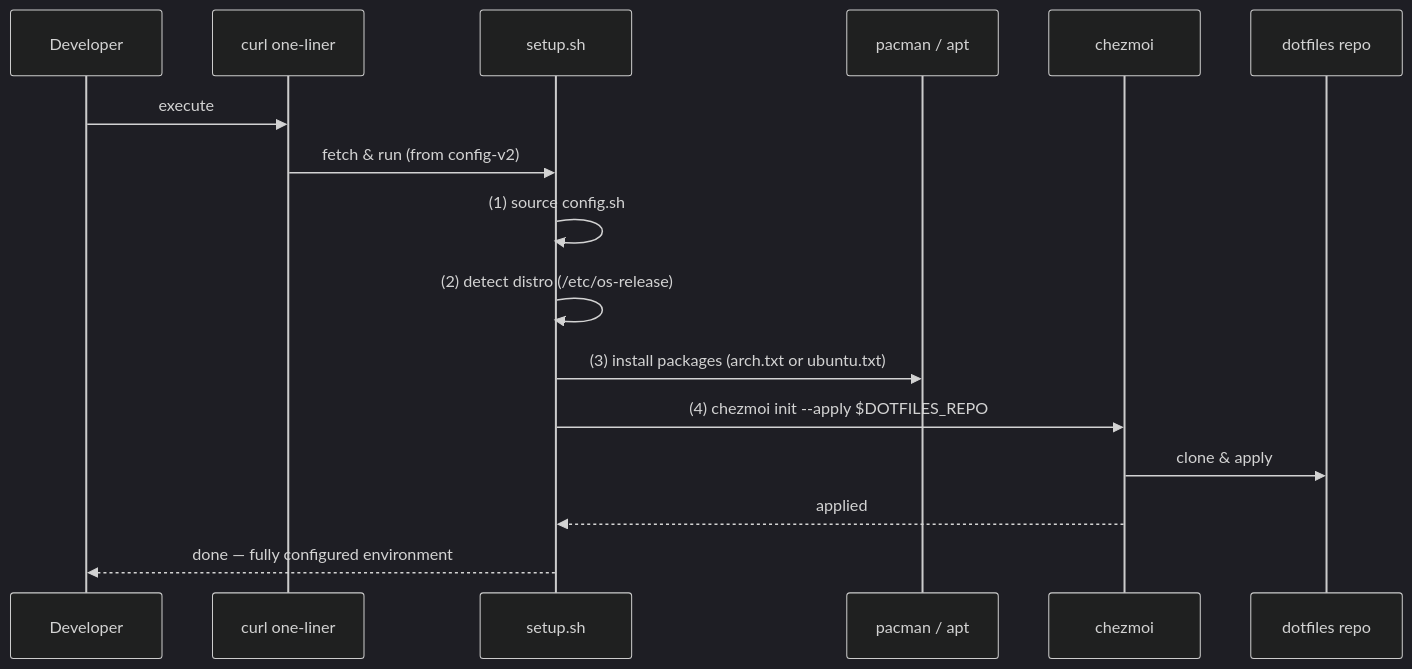
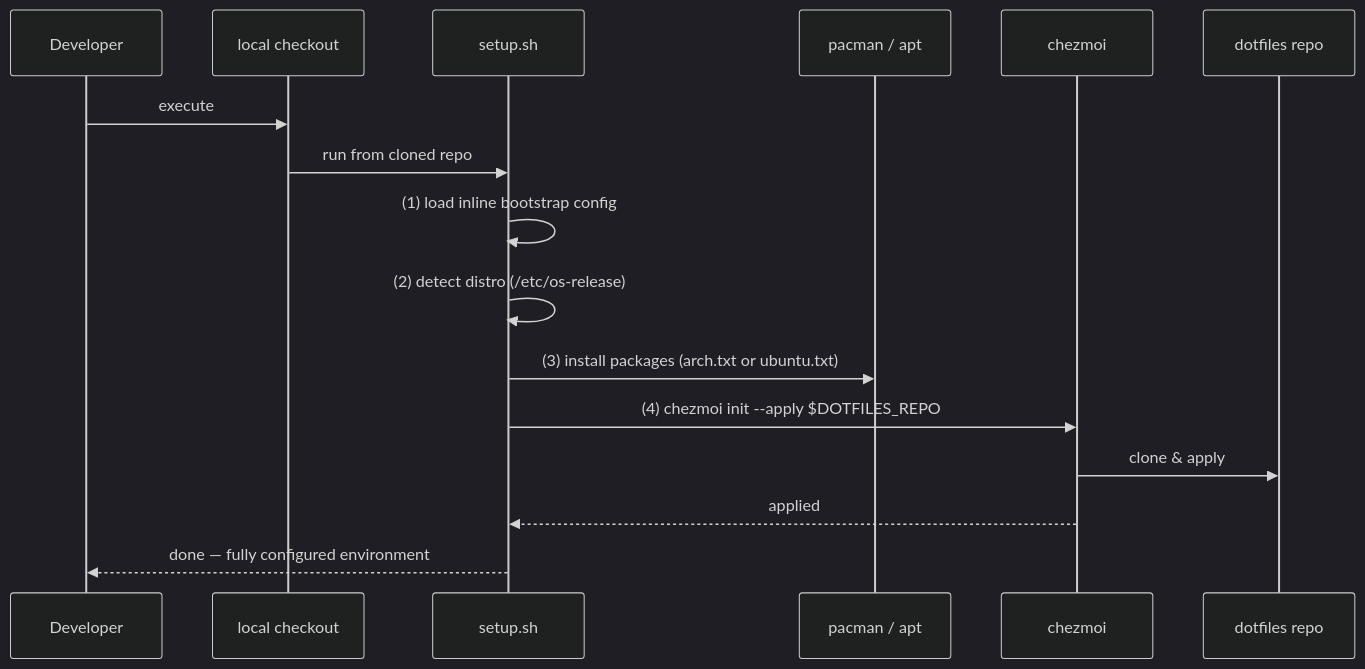
One commit to HaberkornJonas/config-v2 changed the third of 3 diagrams in _bmad-output/planning-artifacts/architecture/architecture-config-v2-2026-08-05/ARCHITECTURE-SPINE.md. Above: the diagram before and after it, drawn with Mermaid (dark theme). The commit also changed other lines of this file and 13 other files, not shown here.

````diff
--- a/_bmad-output/planning-artifacts/architecture/architecture-config-v2-2026-08-05/ARCHITECTURE-SPINE.md
+++ b/_bmad-output/planning-artifacts/architecture/architecture-config-v2-2026-08-05/ARCHITECTURE-SPINE.md
@@ -171,19 +171,19 @@
 ```mermaid
 sequenceDiagram
     participant dev as Developer
-    participant entry as curl one-liner
+    participant entry as local checkout
     participant setup as setup.sh
     participant pkg as pacman / apt
     participant cm as chezmoi
     participant df as dotfiles repo
 
     dev->>entry: execute
-    entry->>setup: fetch & run (from config-v2)
-    setup->>setup: (1) source config.sh
+    entry->>setup: run from cloned repo
+    setup->>setup: (1) load inline bootstrap config
     setup->>setup: (2) detect distro (/etc/os-release)
     setup->>pkg: (3) install packages (arch.txt or ubuntu.txt)
     setup->>cm: (4) chezmoi init --apply $DOTFILES_REPO
     cm->>df: clone & apply
     cm-->>setup: applied
     setup-->>dev: done — fully configured environment
 ```
````
